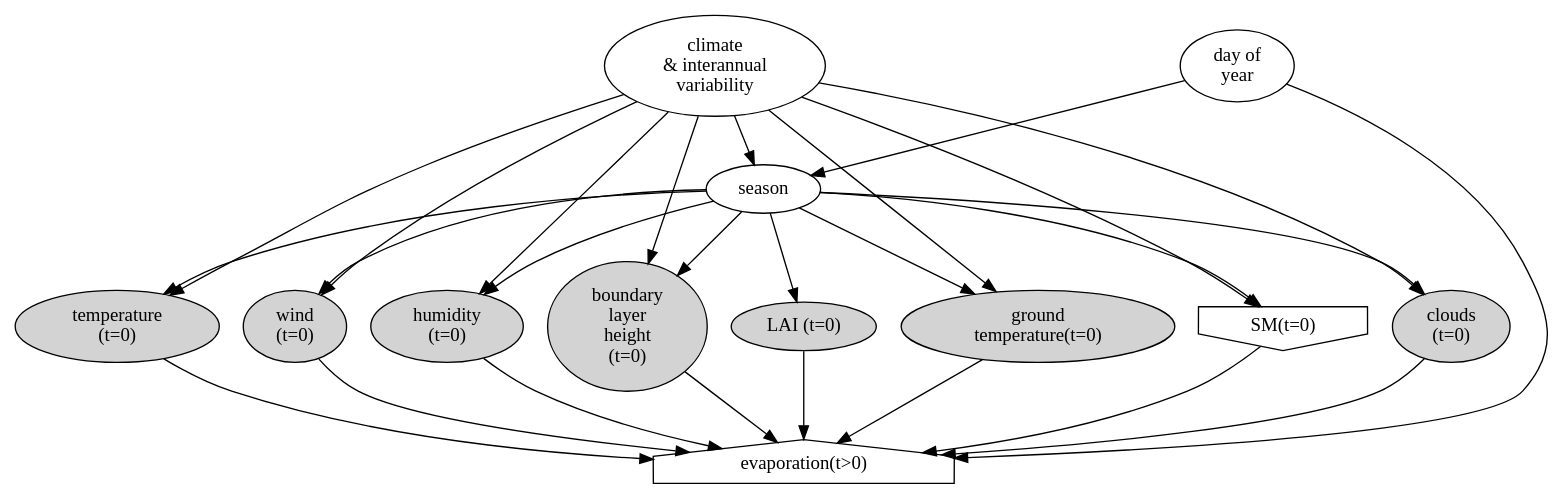
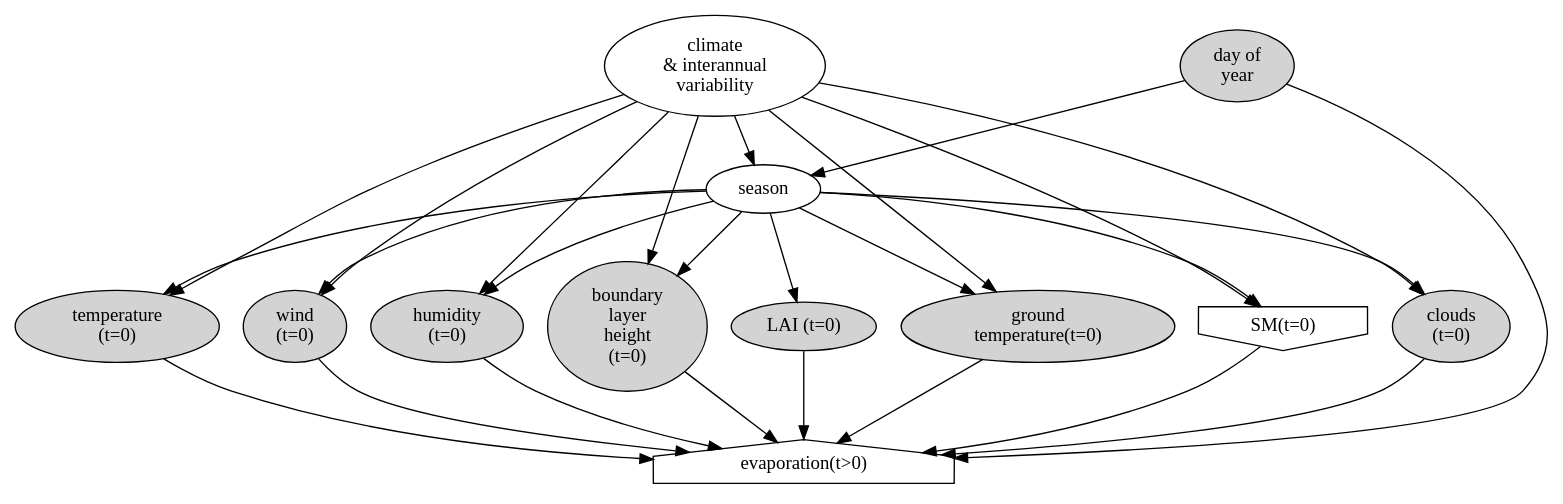
Before and after one commit to massma/land-atmosphere: the diagram in graph.dot, drawn with Graphviz. The commit also changed 3 other files, not shown here.

```diff
--- a/graph.dot
+++ b/graph.dot
@@ -1,51 +1,51 @@
 digraph G {
 
         climate[label="climate\n& interannual\nvariability"];
         season[label="season"];
         LAI[label="LAI (t=0)", style="filled"];
         sm[label="SM(t=0)", shape="invhouse"];
 	et[label="evaporation(t>0)", shape="house"];
         groundTemperature[label="ground\ntemperature(t=0)", style="filled"];
         temperature[label="temperature\n(t=0)", style="filled"];
         humidity[label="humidity\n(t=0)", style="filled"];
         cloud[label="clouds\n(t=0)", style="filled"];
         wind[label="wind\n(t=0)", style="filled"];
         blheight[label="boundary\nlayer\nheight\n(t=0)", style="filled"];
 
-        doy[label="day of\nyear"];
+        doy[label="day of\nyear", style="filled"];
 
         doy -> season;
         climate -> season;
         climate -> temperature;
         climate -> humidity;
         climate -> sm;
         climate -> cloud;
         climate -> wind;
         climate -> blheight;
 
 
         climate -> groundTemperature;
 
         season -> temperature;
         season -> humidity;
         season -> cloud;
         season -> wind;
         season -> blheight;
         season -> groundTemperature;
 
         season -> LAI;
         season -> sm;
 
         doy -> et;
         temperature -> et;
         humidity -> et;
         cloud -> et;
         wind -> et;
         blheight -> et;
 
         groundTemperature -> et;
 
 
         LAI -> et;
         sm -> et;
 }
```
